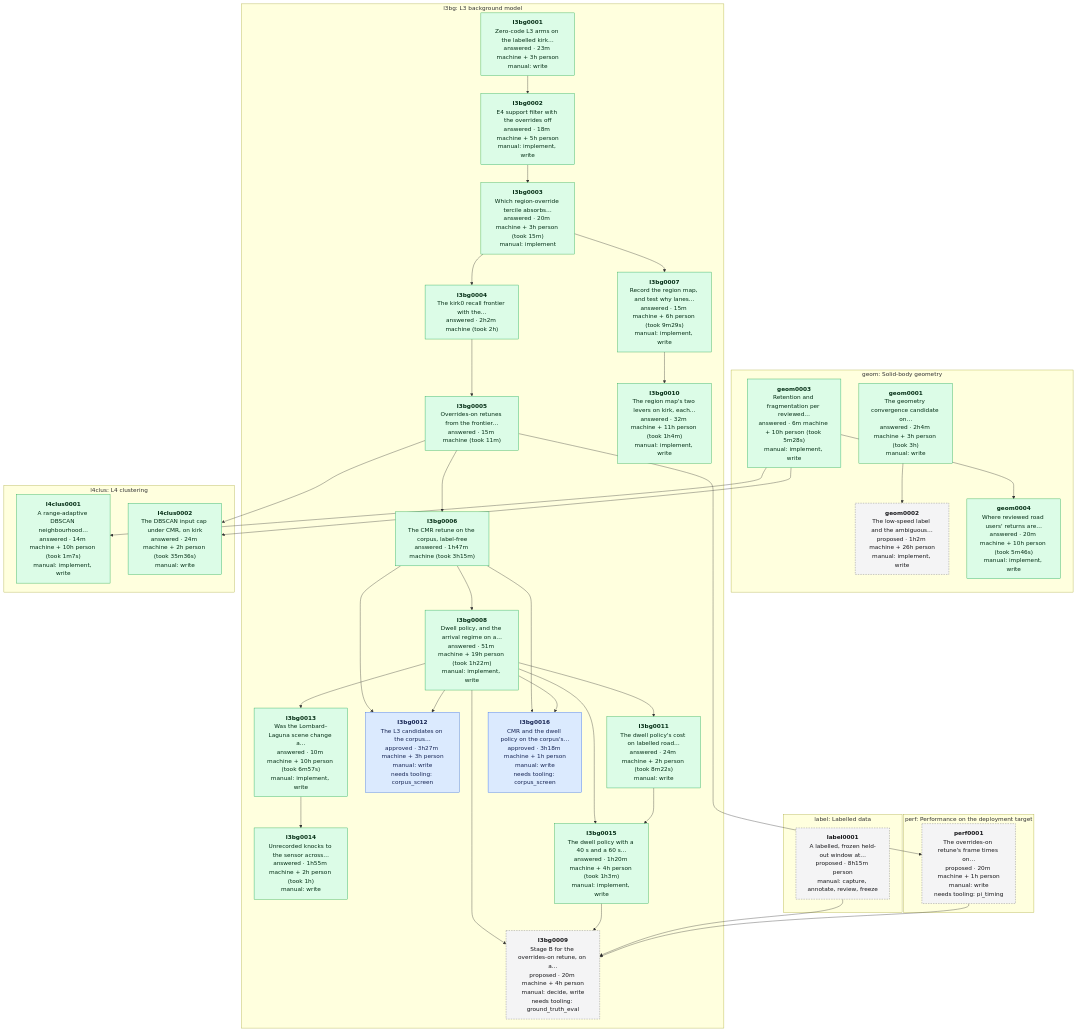
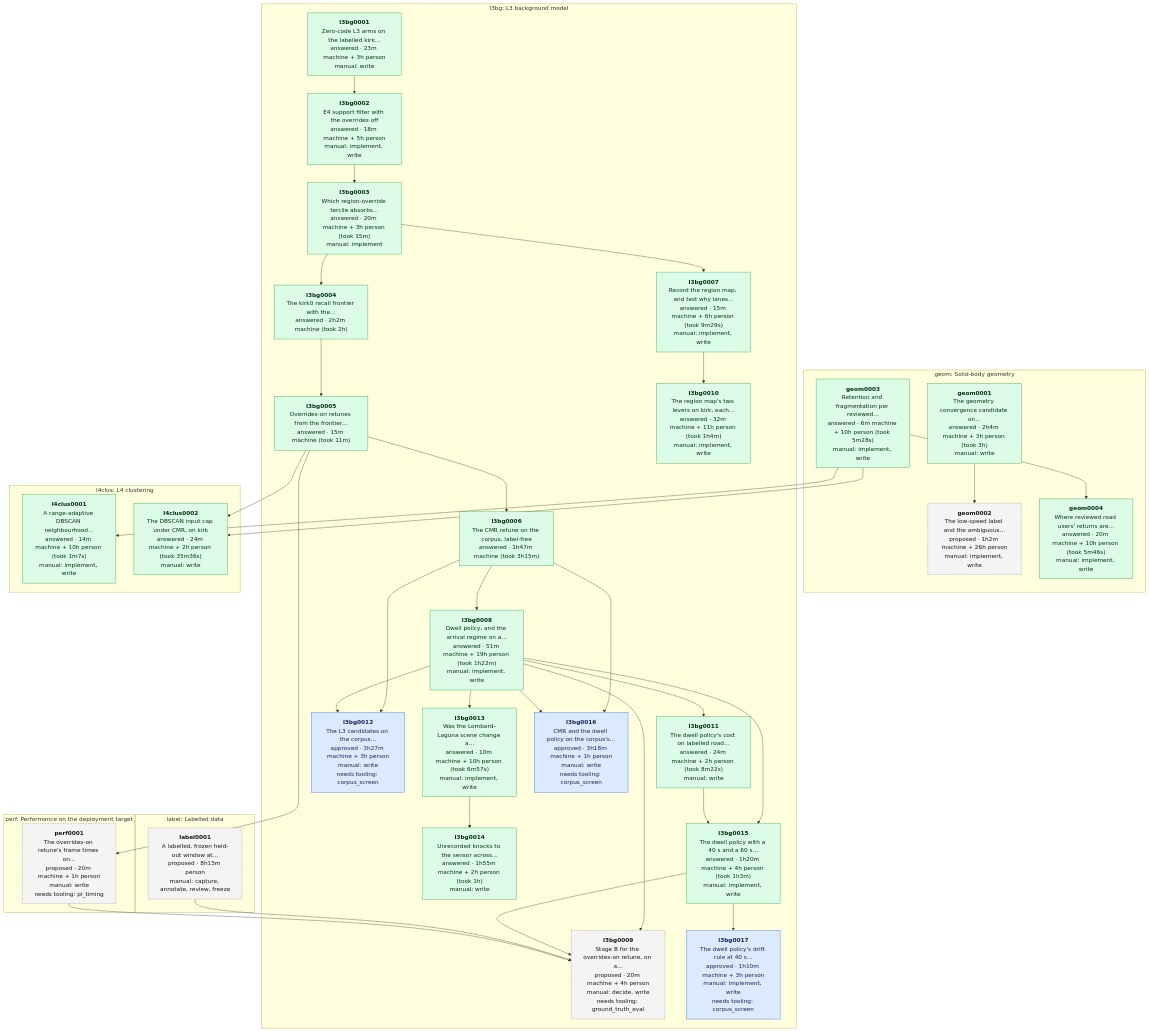
The diagram in data/experiments/DEPENDENCIES.md (banshee-data/velocity.report), drawn with Mermaid before and after one commit. The commit also changed other lines of this file and 1 other file, not shown here.

Commit message:
[ai][docs] Spec l3bg0017: the dwell policy's drift rule at 40 s, over Lombard–Laguna

````diff
--- a/data/experiments/DEPENDENCIES.md
+++ b/data/experiments/DEPENDENCIES.md
@@ -7,68 +7,70 @@
 ```mermaid
 flowchart TB
   classDef proposed fill:#f4f4f5,stroke:#71717a,stroke-dasharray:4 3,color:#18181b
   classDef approved fill:#dbeafe,stroke:#2563eb,color:#172554
   classDef answered fill:#dcfce7,stroke:#16a34a,color:#052e16
   classDef retired fill:#fafafa,stroke:#d4d4d8,color:#71717a
   subgraph area_geom ["geom: Solid-body geometry"]
     geom0001["<b>geom0001</b><br/>The geometry convergence candidate on…<br/>answered · 2h4m machine + 3h person (took 3h)<br/>manual: write"]:::answered
     geom0002["<b>geom0002</b><br/>The low-speed label and the ambiguous…<br/>proposed · 1h2m machine + 26h person<br/>manual: implement, write"]:::proposed
     geom0003["<b>geom0003</b><br/>Retention and fragmentation per reviewed…<br/>answered · 6m machine + 10h person (took 5m28s)<br/>manual: implement, write"]:::answered
     geom0004["<b>geom0004</b><br/>Where reviewed road users' returns are…<br/>answered · 20m machine + 10h person (took 5m46s)<br/>manual: implement, write"]:::answered
   end
   subgraph area_l3bg ["l3bg: L3 background model"]
     l3bg0001["<b>l3bg0001</b><br/>Zero-code L3 arms on the labelled kirk…<br/>answered · 23m machine + 3h person<br/>manual: write"]:::answered
     l3bg0002["<b>l3bg0002</b><br/>E4 support filter with the overrides off<br/>answered · 18m machine + 5h person<br/>manual: implement, write"]:::answered
     l3bg0003["<b>l3bg0003</b><br/>Which region-override tercile absorbs…<br/>answered · 20m machine + 3h person (took 15m)<br/>manual: implement"]:::answered
     l3bg0004["<b>l3bg0004</b><br/>The kirk0 recall frontier with the…<br/>answered · 2h2m machine (took 2h)"]:::answered
     l3bg0005["<b>l3bg0005</b><br/>Overrides-on retunes from the frontier…<br/>answered · 15m machine (took 11m)"]:::answered
     l3bg0006["<b>l3bg0006</b><br/>The CMR retune on the corpus, label-free<br/>answered · 1h47m machine (took 3h15m)"]:::answered
     l3bg0007["<b>l3bg0007</b><br/>Record the region map, and test why lanes…<br/>answered · 15m machine + 6h person (took 9m29s)<br/>manual: implement, write"]:::answered
     l3bg0008["<b>l3bg0008</b><br/>Dwell policy, and the arrival regime on a…<br/>answered · 51m machine + 19h person (took 1h22m)<br/>manual: implement, write"]:::answered
     l3bg0009["<b>l3bg0009</b><br/>Stage B for the overrides-on retune, on a…<br/>proposed · 20m machine + 4h person<br/>manual: decide, write<br/>needs tooling: ground_truth_eval"]:::proposed
     l3bg0010["<b>l3bg0010</b><br/>The region map's two levers on kirk, each…<br/>answered · 32m machine + 11h person (took 1h4m)<br/>manual: implement, write"]:::answered
     l3bg0011["<b>l3bg0011</b><br/>The dwell policy's cost on labelled road…<br/>answered · 24m machine + 2h person (took 8m22s)<br/>manual: write"]:::answered
     l3bg0012["<b>l3bg0012</b><br/>The L3 candidates on the corpus…<br/>approved · 3h27m machine + 3h person<br/>manual: write<br/>needs tooling: corpus_screen"]:::approved
     l3bg0013["<b>l3bg0013</b><br/>Was the Lombard–Laguna scene change a…<br/>answered · 10m machine + 10h person (took 6m57s)<br/>manual: implement, write"]:::answered
     l3bg0014["<b>l3bg0014</b><br/>Unrecorded knocks to the sensor across…<br/>answered · 1h55m machine + 2h person (took 1h)<br/>manual: write"]:::answered
     l3bg0015["<b>l3bg0015</b><br/>The dwell policy with a 40 s and a 60 s…<br/>answered · 1h20m machine + 4h person (took 1h3m)<br/>manual: implement, write"]:::answered
     l3bg0016["<b>l3bg0016</b><br/>CMR and the dwell policy on the corpus's…<br/>approved · 3h18m machine + 1h person<br/>manual: write<br/>needs tooling: corpus_screen"]:::approved
+    l3bg0017["<b>l3bg0017</b><br/>The dwell policy's drift rule at 40 s…<br/>approved · 1h10m machine + 3h person<br/>manual: implement, write<br/>needs tooling: corpus_screen"]:::approved
   end
   subgraph area_l4clus ["l4clus: L4 clustering"]
     l4clus0001["<b>l4clus0001</b><br/>A range-adaptive DBSCAN neighbourhood…<br/>answered · 14m machine + 10h person (took 1m7s)<br/>manual: implement, write"]:::answered
     l4clus0002["<b>l4clus0002</b><br/>The DBSCAN input cap under CMR, on kirk<br/>answered · 24m machine + 2h person (took 35m36s)<br/>manual: write"]:::answered
   end
   subgraph area_label ["label: Labelled data"]
     label0001["<b>label0001</b><br/>A labelled, frozen held-out window at…<br/>proposed · 8h15m person<br/>manual: capture, annotate, review, freeze"]:::proposed
   end
   subgraph area_perf ["perf: Performance on the deployment target"]
     perf0001["<b>perf0001</b><br/>The overrides-on retune's frame times on…<br/>proposed · 20m machine + 1h person<br/>manual: write<br/>needs tooling: pi_timing"]:::proposed
   end
   geom0001 --> geom0002
   geom0003 --> geom0004
   l3bg0001 --> l3bg0002
   l3bg0002 --> l3bg0003
   l3bg0003 --> l3bg0004
   l3bg0004 --> l3bg0005
   l3bg0005 --> l3bg0006
   l3bg0003 --> l3bg0007
   l3bg0006 --> l3bg0008
   l3bg0008 --> l3bg0009
   l3bg0015 --> l3bg0009
   label0001 --> l3bg0009
   perf0001 --> l3bg0009
   l3bg0007 --> l3bg0010
   l3bg0008 --> l3bg0011
   l3bg0006 --> l3bg0012
   l3bg0008 --> l3bg0012
   l3bg0008 --> l3bg0013
   l3bg0013 --> l3bg0014
   l3bg0008 --> l3bg0015
   l3bg0011 --> l3bg0015
   l3bg0006 --> l3bg0016
   l3bg0008 --> l3bg0016
+  l3bg0015 --> l3bg0017
   geom0003 --> l4clus0001
   geom0003 --> l4clus0002
   l3bg0005 --> l4clus0002
   l3bg0005 --> perf0001
 ```
````
